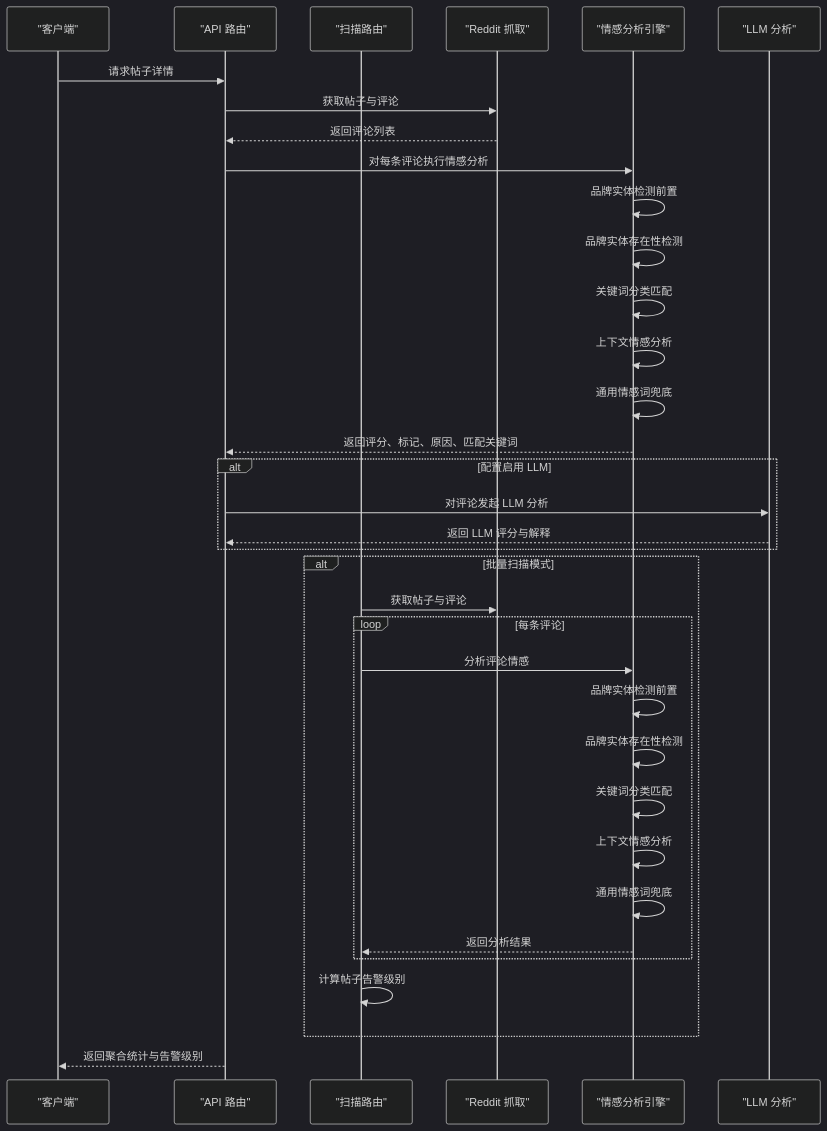
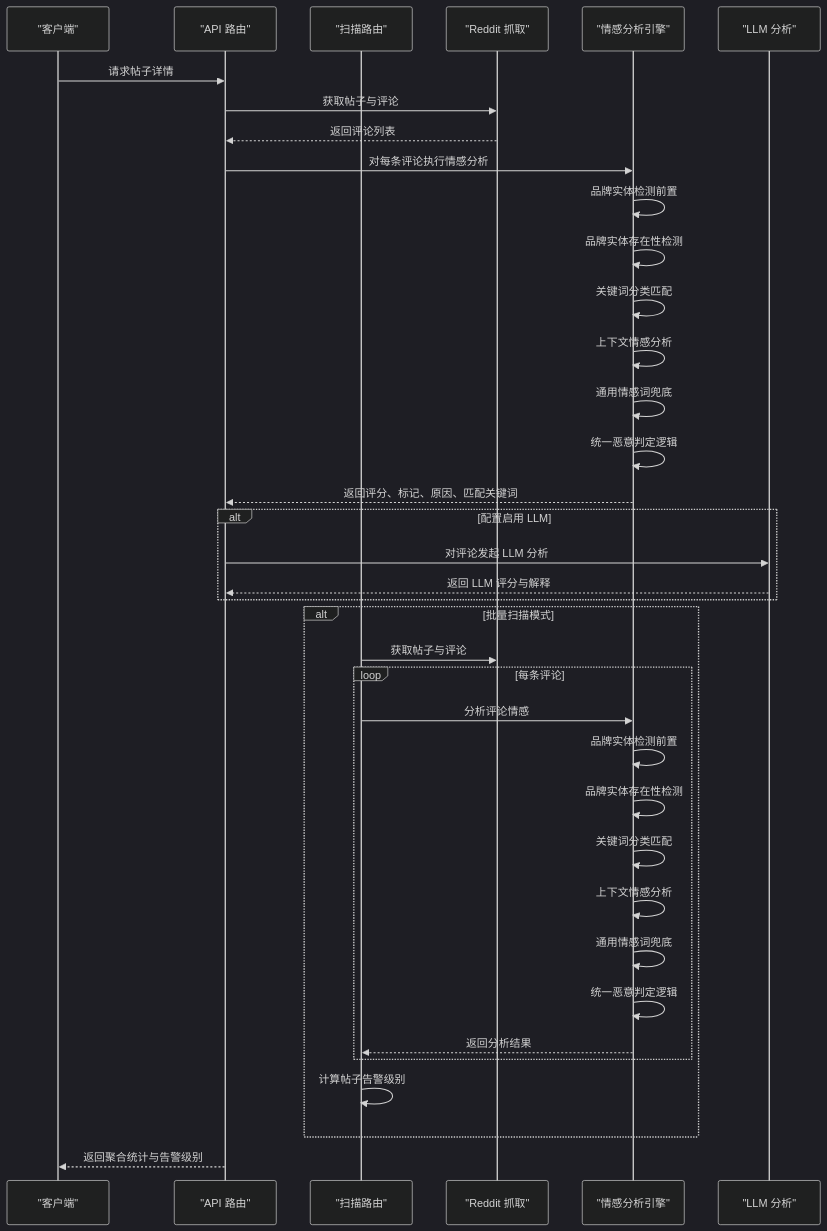
One commit to zezzezzez/reddit changed the second of 8 diagrams in .qoder/repowiki/zh/content/核心模块/情感分析引擎.md. Above: the diagram before and after it, drawn with Mermaid (dark theme). The commit also changed other lines of this file and 9 other files, not shown here.

````diff
--- a/.qoder/repowiki/zh/content/核心模块/情感分析引擎.md
+++ b/.qoder/repowiki/zh/content/核心模块/情感分析引擎.md
@@ -113,37 +116,39 @@
 ```mermaid
 sequenceDiagram
 participant Client as "客户端"
 participant API as "API 路由"
 participant Scan as "扫描路由"
 participant Reddit as "Reddit 抓取"
 participant Engine as "情感分析引擎"
 participant LLM as "LLM 分析"
 Client->>API : 请求帖子详情
 API->>Reddit : 获取帖子与评论
 Reddit-->>API : 返回评论列表
 API->>Engine : 对每条评论执行情感分析
 Engine->>Engine : 品牌实体检测前置
 Engine->>Engine : 品牌实体存在性检测
 Engine->>Engine : 关键词分类匹配
 Engine->>Engine : 上下文情感分析
 Engine->>Engine : 通用情感词兜底
+Engine->>Engine : 统一恶意判定逻辑
 Engine-->>API : 返回评分、标记、原因、匹配关键词
 alt 配置启用 LLM
 API->>LLM : 对评论发起 LLM 分析
 LLM-->>API : 返回 LLM 评分与解释
 end
 alt 批量扫描模式
 Scan->>Reddit : 获取帖子与评论
 Loop 每条评论
 Scan->>Engine : 分析评论情感
 Engine->>Engine : 品牌实体检测前置
 Engine->>Engine : 品牌实体存在性检测
 Engine->>Engine : 关键词分类匹配
 Engine->>Engine : 上下文情感分析
 Engine->>Engine : 通用情感词兜底
+Engine->>Engine : 统一恶意判定逻辑
 Engine-->>Scan : 返回分析结果
 end
 Scan->>Scan : 计算帖子告警级别
 end
 API-->>Client : 返回聚合统计与告警级别
 ```
````
